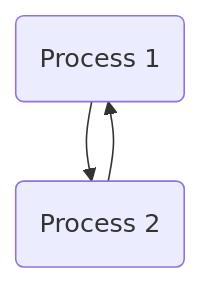
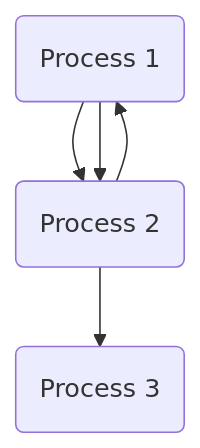
One commit to pingpm/mermaid_vault changed the diagram in mmd/Untitled_800ffbc8-3c2b-4152-9bdc-32dce19fe565.mmd. Above: the diagram before and after it, drawn with Mermaid. The commit also changed 6 other files, not shown here.

Commit message:
Sync Mermaid Studio data (44 diagrams)

```diff
--- a/mmd/Untitled_800ffbc8-3c2b-4152-9bdc-32dce19fe565.mmd
+++ b/mmd/Untitled_800ffbc8-3c2b-4152-9bdc-32dce19fe565.mmd
@@ -1,5 +1,8 @@
 flowchart TD
   n_0("Process 1")
   n_1("Process 2")
+  n_2("Process 3")
   n_0 --> n_1
   n_1 --> n_0
+  n_0 --> n_1
+  n_1 --> n_2
```
